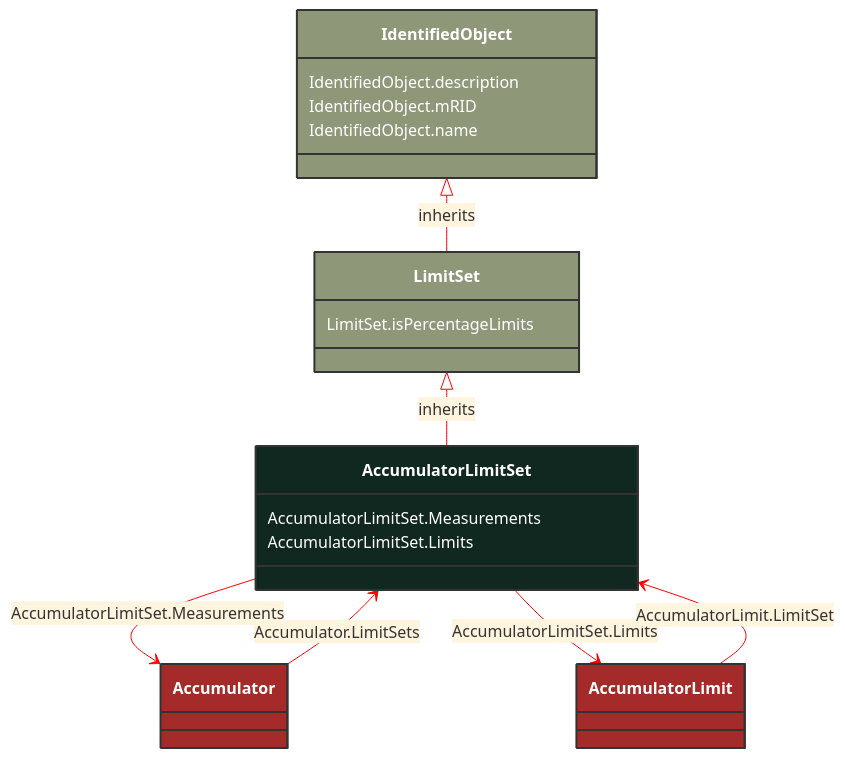
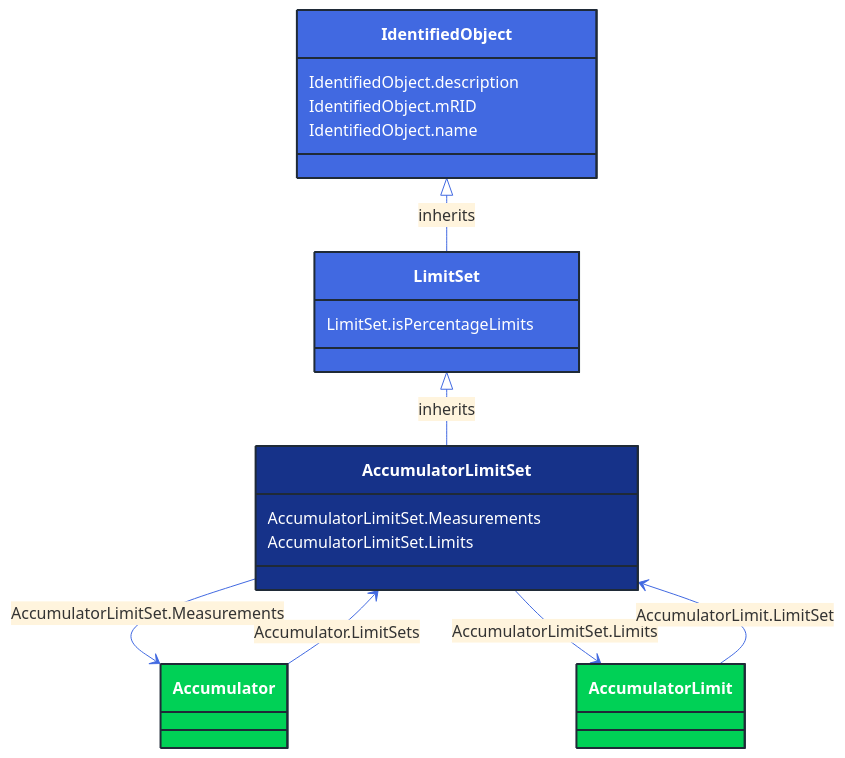
The diagram in docs/Models/Profiles/Operation/ConcreteClasses/AccumulatorLimitSet.md (3lbits/NoCIMExtensions), drawn with Mermaid before and after one commit. The commit also changed 362 other files, not shown here.

First line of the commit message:
Update diagrams and styles for improved visual consistency

````diff
--- a/docs/Models/Profiles/Operation/ConcreteClasses/AccumulatorLimitSet.md
+++ b/docs/Models/Profiles/Operation/ConcreteClasses/AccumulatorLimitSet.md
@@ -8,46 +8,46 @@
 ```mermaid
-%%{init: {'theme':'base','themeVariables': {'lineColor': '#FF0000'}}}%%
+%%{init: {'theme':'base','themeVariables': {'lineColor': '#4169E1'}}}%%
 classDiagram
     class AccumulatorLimitSet
     click AccumulatorLimitSet href "/Models/Profiles/Operation/ConcreteClasses/AccumulatorLimitSet/"
-    style AccumulatorLimitSet fill:#102820,stroke:#333,stroke-width:2px,rx:10,ry:10,color:white
+    style AccumulatorLimitSet fill:#163289,stroke:#1F2A37,stroke-width:2px,rx:10,ry:10,color:white
      
         LimitSet <|-- AccumulatorLimitSet : inherits
             click LimitSet href "/Models/Profiles/Operation/AbstractClasses/LimitSet/"
-            style LimitSet fill:#8F9779,stroke:#333,stroke-width:2px,rx:10,ry:10,color:white
+            style LimitSet fill:#4169E1,stroke:#1F2A37,stroke-width:2px,rx:10,ry:10,color:white
      
         IdentifiedObject <|-- LimitSet : inherits
             click IdentifiedObject href "/Models/Profiles/Operation/AbstractClasses/IdentifiedObject/"
-            style IdentifiedObject fill:#8F9779,stroke:#333,stroke-width:2px,rx:10,ry:10,color:white
+            style IdentifiedObject fill:#4169E1,stroke:#1F2A37,stroke-width:2px,rx:10,ry:10,color:white
 
         AccumulatorLimitSet --> Accumulator : AccumulatorLimitSet.Measurements
 
         Accumulator
             click Accumulator href "/Models/Profiles/Operation/ConcreteClasses/Accumulator/"
-            style Accumulator fill:#A52A2A,stroke:#333,stroke-width:2px,rx:10,ry:10,color:white
+            style Accumulator fill:#00D156,stroke:#1F2A37,stroke-width:2px,rx:10,ry:10,color:white
         AccumulatorLimitSet --> AccumulatorLimit : AccumulatorLimitSet.Limits
 
         AccumulatorLimit
             click AccumulatorLimit href "/Models/Profiles/Operation/AbstractClasses/AccumulatorLimit/"
-            style AccumulatorLimit fill:#A52A2A,stroke:#333,stroke-width:2px,rx:10,ry:10,color:white
+            style AccumulatorLimit fill:#00D156,stroke:#1F2A37,stroke-width:2px,rx:10,ry:10,color:white
 
         Accumulator --> AccumulatorLimitSet : Accumulator.LimitSets
 
         Accumulator
             click Accumulator href "/Models/Profiles/Operation/ConcreteClasses/Accumulator/"
-            style Accumulator fill:#A52A2A,stroke:#333,stroke-width:2px,rx:10,ry:10,color:white
+            style Accumulator fill:#00D156,stroke:#1F2A37,stroke-width:2px,rx:10,ry:10,color:white
 
         AccumulatorLimit --> AccumulatorLimitSet : AccumulatorLimit.LimitSet
 
         AccumulatorLimit
             click AccumulatorLimit href "/Models/Profiles/Operation/AbstractClasses/AccumulatorLimit/"
-            style AccumulatorLimit fill:#A52A2A,stroke:#333,stroke-width:2px,rx:10,ry:10,color:white
+            style AccumulatorLimit fill:#00D156,stroke:#1F2A37,stroke-width:2px,rx:10,ry:10,color:white
 
 
         AccumulatorLimitSet : AccumulatorLimitSet.Measurements
         AccumulatorLimitSet : AccumulatorLimitSet.Limits
         LimitSet : LimitSet.isPercentageLimits
         IdentifiedObject : IdentifiedObject.description
         IdentifiedObject : IdentifiedObject.mRID
         IdentifiedObject : IdentifiedObject.name
 ```
````
